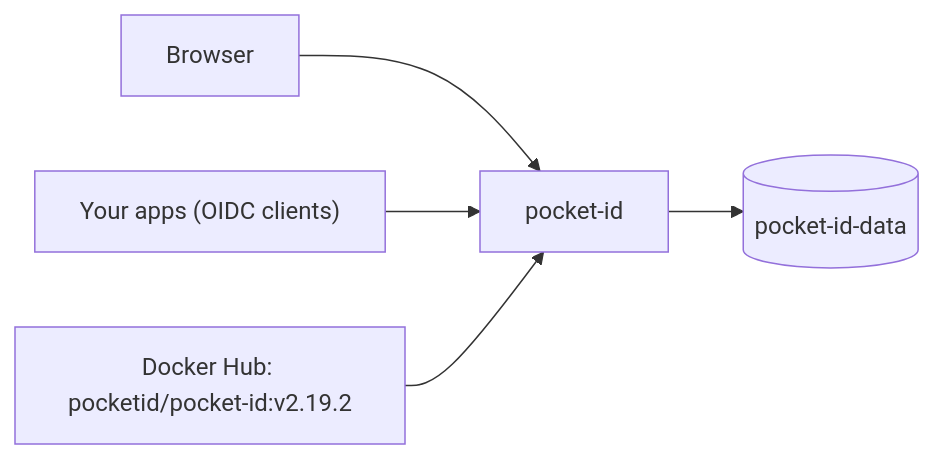
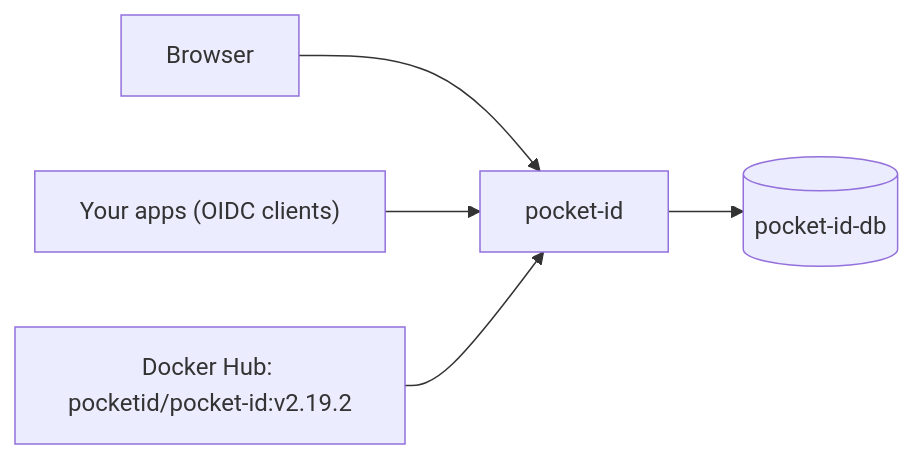
The diagram in README.md (render-examples/pocket-id), drawn with Mermaid before and after one commit. The commit also changed other lines of this file and 2 other files, not shown here.

First line of the commit message:
Use Render Postgres instead of SQLite on a disk

````diff
--- a/README.md
+++ b/README.md
@@ -39,7 +39,7 @@
 ```mermaid
 flowchart LR
   user["Browser"] --> app["pocket-id"]
   apps["Your apps (OIDC clients)"] --> app
-  app --> disk[("pocket-id-data")]
+  app --> db[("pocket-id-db")]
   hub["Docker Hub: pocketid/pocket-id:v2.19.2"] --> app
 ```
````
